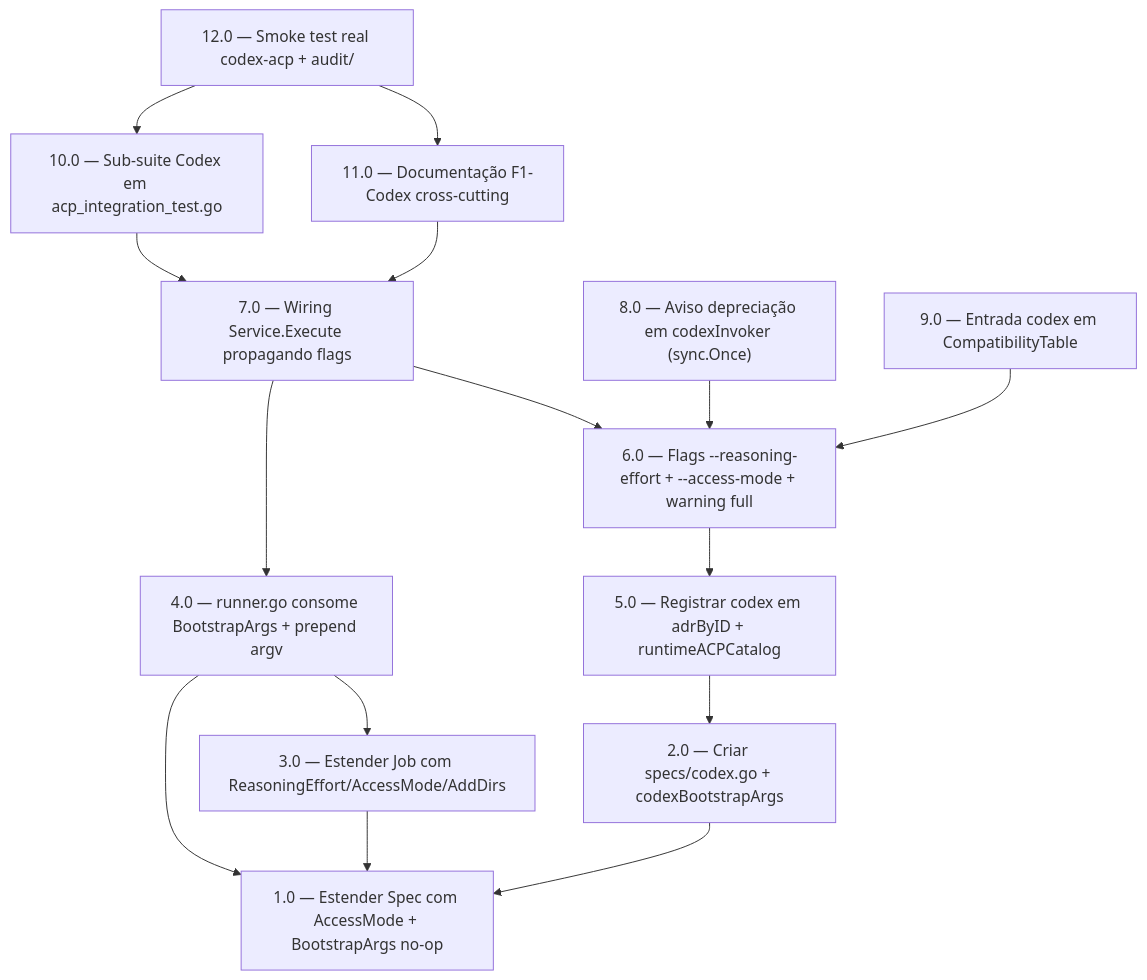
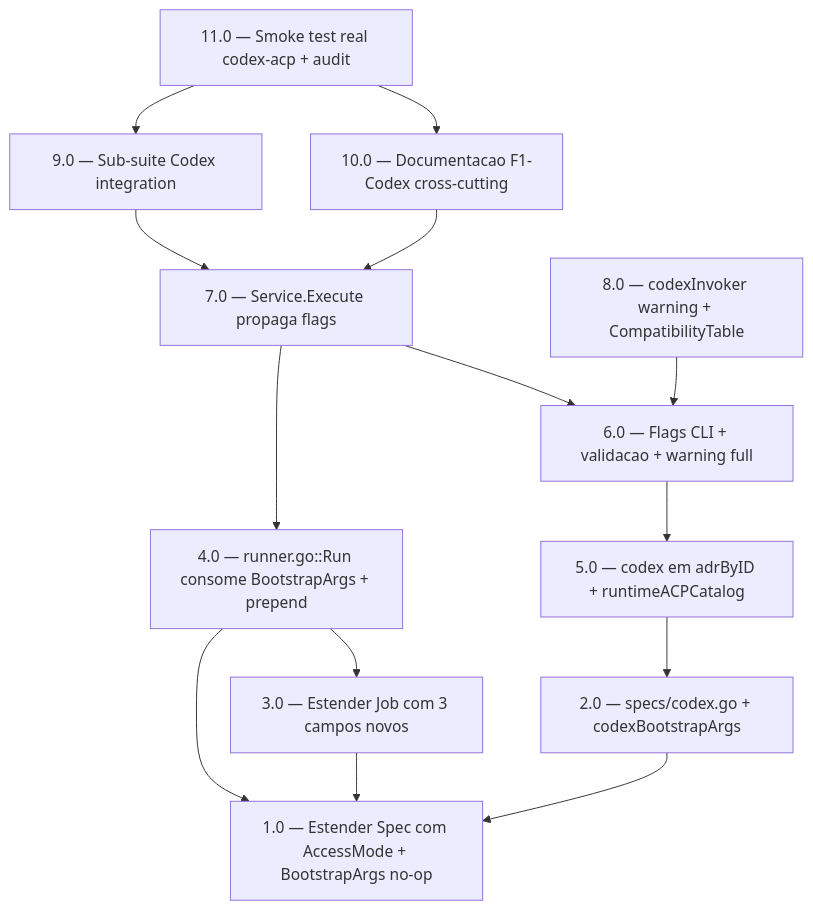
The diagram in tasks/prd-codex-acp-spec/tasks.md (JailtonJunior94/orchestrator), drawn with Mermaid before and after one commit. The commit also changed other lines of this file and 31 other files, not shown here.

First line of the commit message:
feat(codex): implementar F1-Codex via ACP nativo (ADR-013)

````diff
--- a/tasks/prd-codex-acp-spec/tasks.md
+++ b/tasks/prd-codex-acp-spec/tasks.md
@@ -85,18 +84,17 @@
 ```mermaid
 graph TD
     T1["1.0 — Estender Spec com AccessMode + BootstrapArgs no-op"]
-    T2["2.0 — Criar specs/codex.go + codexBootstrapArgs"] --> T1
-    T3["3.0 — Estender Job com ReasoningEffort/AccessMode/AddDirs"] --> T1
-    T4["4.0 — runner.go consome BootstrapArgs + prepend argv"] --> T1
+    T2["2.0 — specs/codex.go + codexBootstrapArgs"] --> T1
+    T3["3.0 — Estender Job com 3 campos novos"] --> T1
+    T4["4.0 — runner.go::Run consome BootstrapArgs + prepend"] --> T1
     T4 --> T3
-    T5["5.0 — Registrar codex em adrByID + runtimeACPCatalog"] --> T2
-    T6["6.0 — Flags --reasoning-effort + --access-mode + warning full"] --> T5
-    T7["7.0 — Wiring Service.Execute propagando flags"] --> T4
+    T5["5.0 — codex em adrByID + runtimeACPCatalog"] --> T2
+    T6["6.0 — Flags CLI + validacao + warning full"] --> T5
+    T7["7.0 — Service.Execute propaga flags"] --> T4
     T7 --> T6
-    T8["8.0 — Aviso depreciação em codexInvoker (sync.Once)"] --> T6
-    T9["9.0 — Entrada codex em CompatibilityTable"] --> T6
-    T10["10.0 — Sub-suite Codex em acp_integration_test.go"] --> T7
-    T11["11.0 — Documentação F1-Codex cross-cutting"] --> T7
-    T12["12.0 — Smoke test real codex-acp + audit/"] --> T10
-    T12 --> T11
+    T8["8.0 — codexInvoker warning + CompatibilityTable"] --> T6
+    T9["9.0 — Sub-suite Codex integration"] --> T7
+    T10["10.0 — Documentacao F1-Codex cross-cutting"] --> T7
+    T11["11.0 — Smoke test real codex-acp + audit"] --> T9
+    T11 --> T10
 ```
````
